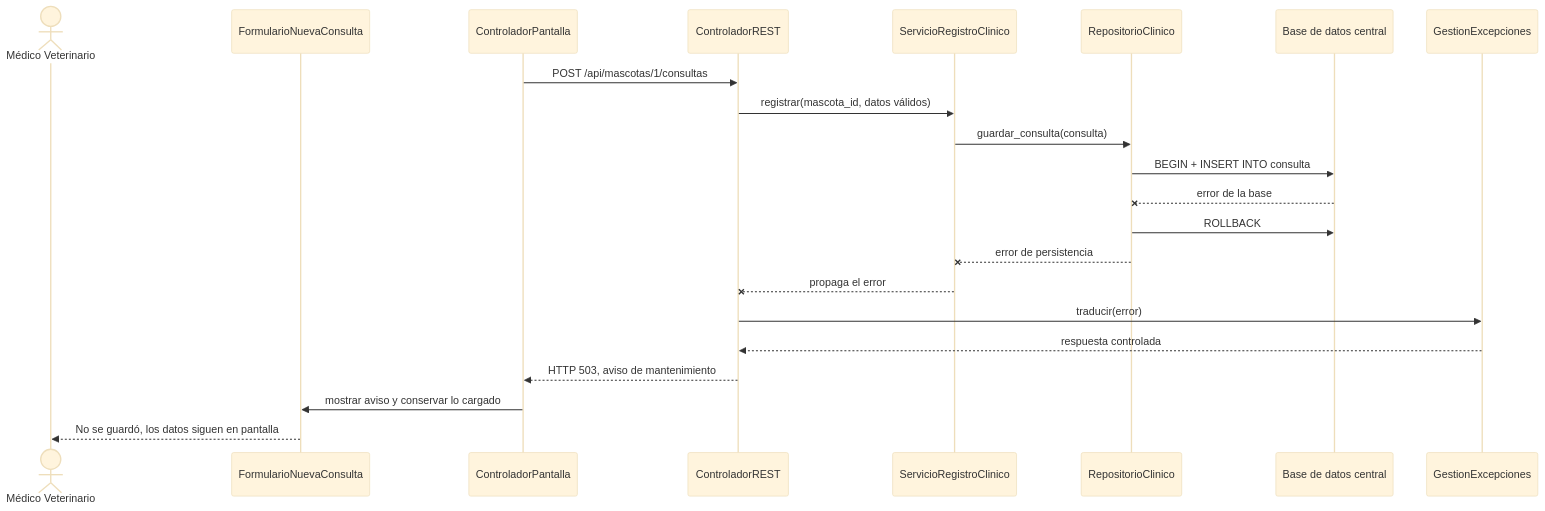
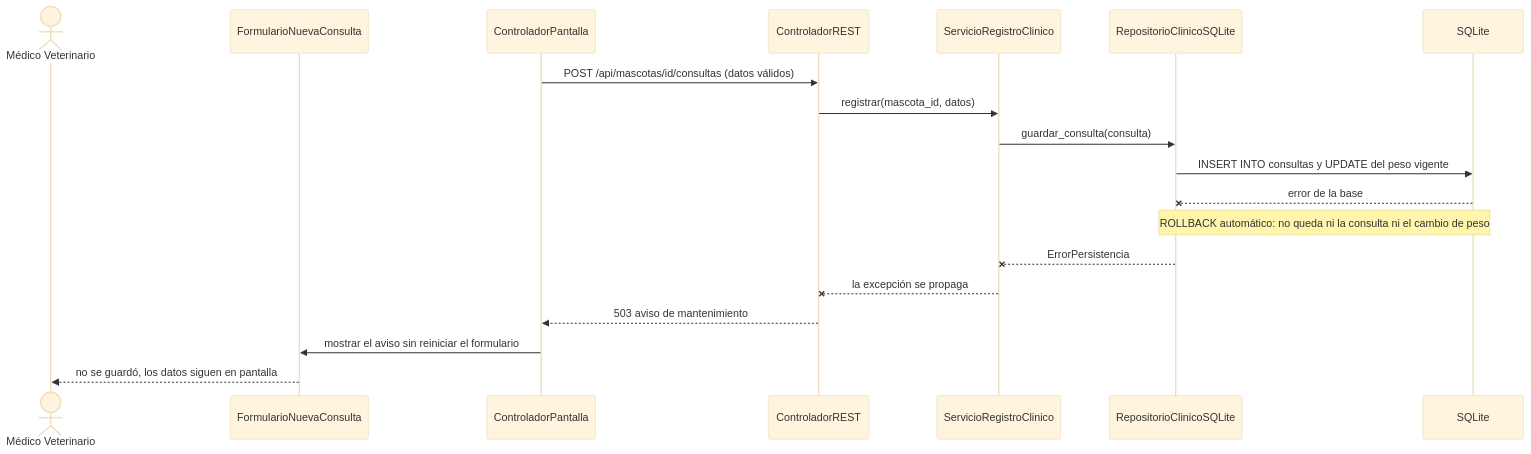
Before and after one commit to DinoMondino/sistema-gestion-veterinaria-2026: the fourth of 5 diagrams in docs/design/diseno-detallado.md, drawn with Mermaid (base theme). The commit also changed other lines of this file and 16 other files, not shown here.

````diff
--- a/docs/design/diseno-detallado.md
+++ b/docs/design/diseno-detallado.md
@@ -246,25 +270,22 @@
 ```mermaid
 sequenceDiagram
     actor Vet as Médico Veterinario
     participant UI as FormularioNuevaConsulta
     participant CP as ControladorPantalla
     participant REST as ControladorREST
-    participant SRC as ServicioRegistroClinico
-    participant RC as RepositorioClinico
-    participant BD as Base de datos central
-    participant EXC as GestionExcepciones
+    participant SRV as ServicioRegistroClinico
+    participant REPO as RepositorioClinicoSQLite
+    participant DB as SQLite
 
-    CP->>REST: POST /api/mascotas/1/consultas
-    REST->>SRC: registrar(mascota_id, datos válidos)
-    SRC->>RC: guardar_consulta(consulta)
-    RC->>BD: BEGIN + INSERT INTO consulta
-    BD--xRC: error de la base
-    RC->>BD: ROLLBACK
-    RC--xSRC: error de persistencia
-    SRC--xREST: propaga el error
-    REST->>EXC: traducir(error)
-    EXC-->>REST: respuesta controlada
-    REST-->>CP: HTTP 503, aviso de mantenimiento
-    CP->>UI: mostrar aviso y conservar lo cargado
-    UI-->>Vet: No se guardó, los datos siguen en pantalla
+    CP->>REST: POST /api/mascotas/id/consultas (datos válidos)
+    REST->>SRV: registrar(mascota_id, datos)
+    SRV->>REPO: guardar_consulta(consulta)
+    REPO->>DB: INSERT INTO consultas y UPDATE del peso vigente
+    DB--xREPO: error de la base
+    Note over REPO,DB: ROLLBACK automático: no queda ni la consulta ni el cambio de peso
+    REPO--xSRV: ErrorPersistencia
+    SRV--xREST: la excepción se propaga
+    REST-->>CP: 503 aviso de mantenimiento
+    CP->>UI: mostrar el aviso sin reiniciar el formulario
+    UI-->>Vet: no se guardó, los datos siguen en pantalla
 ```
````
